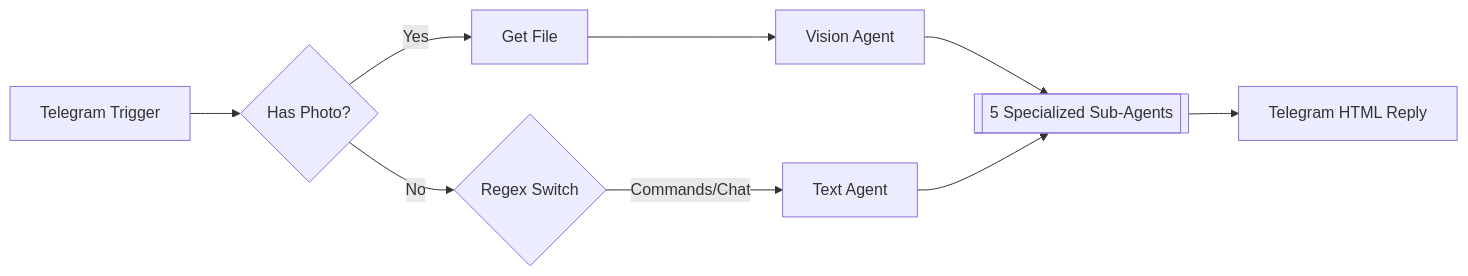
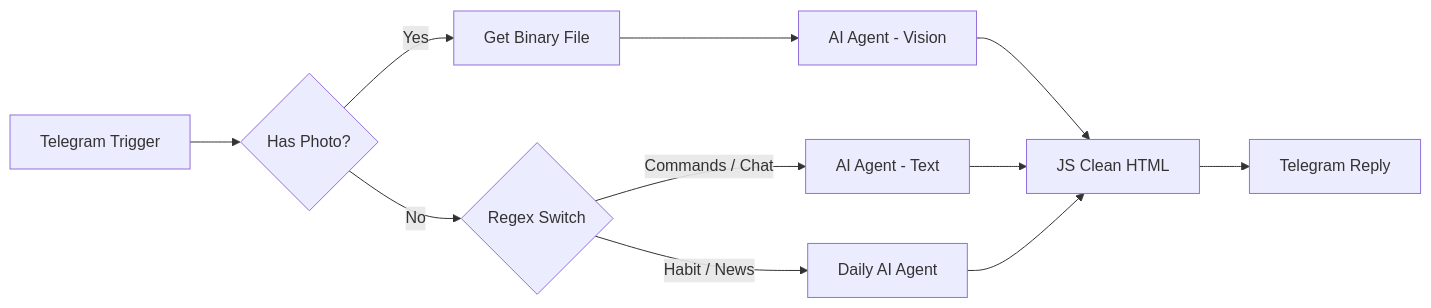
Before and after one commit to tsekingyeung-lab/multi-agent-automation-pipeline: the second of 7 diagrams in README.md, drawn with Mermaid. The commit also changed other lines of this file, not shown here.

````diff
--- a/README.md
+++ b/README.md
@@ -104,8 +105,9 @@
 ```mermaid
 graph LR
     TG[Telegram Trigger] --> IF{Has Photo?}
-    IF -- Yes --> GET[Get File] --> VA[Vision Agent]
+    IF -- Yes --> GET[Get Binary File] --> VA[AI Agent - Vision]
     IF -- No --> SW{Regex Switch}
-    SW -- Commands/Chat --> TA[Text Agent]
-    VA & TA --> TOOLS[[5 Specialized Sub-Agents]] --> OUT[Telegram HTML Reply]
+    SW -- Habit / News --> DA[Daily AI Agent]
+    SW -- Commands / Chat --> TA[AI Agent - Text]
+    VA & TA & DA --> CLEAN[JS Clean HTML] --> OUT[Telegram Reply]
 ```
````
